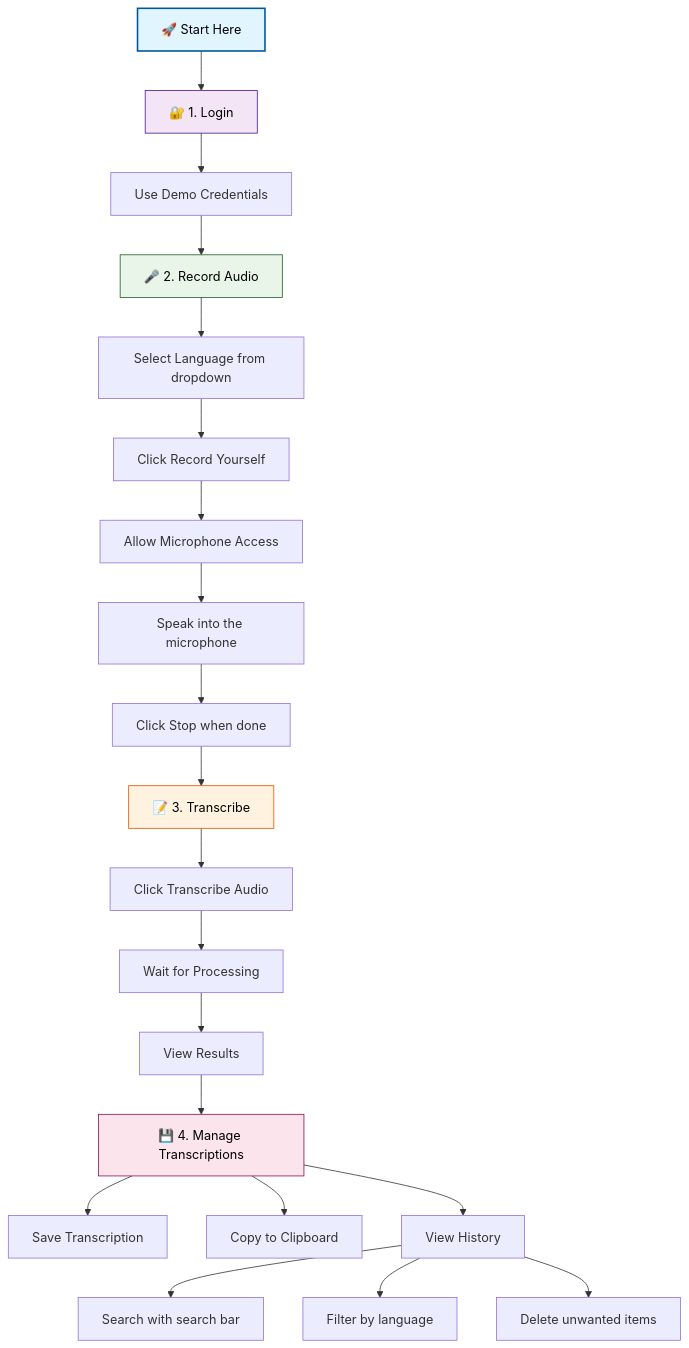
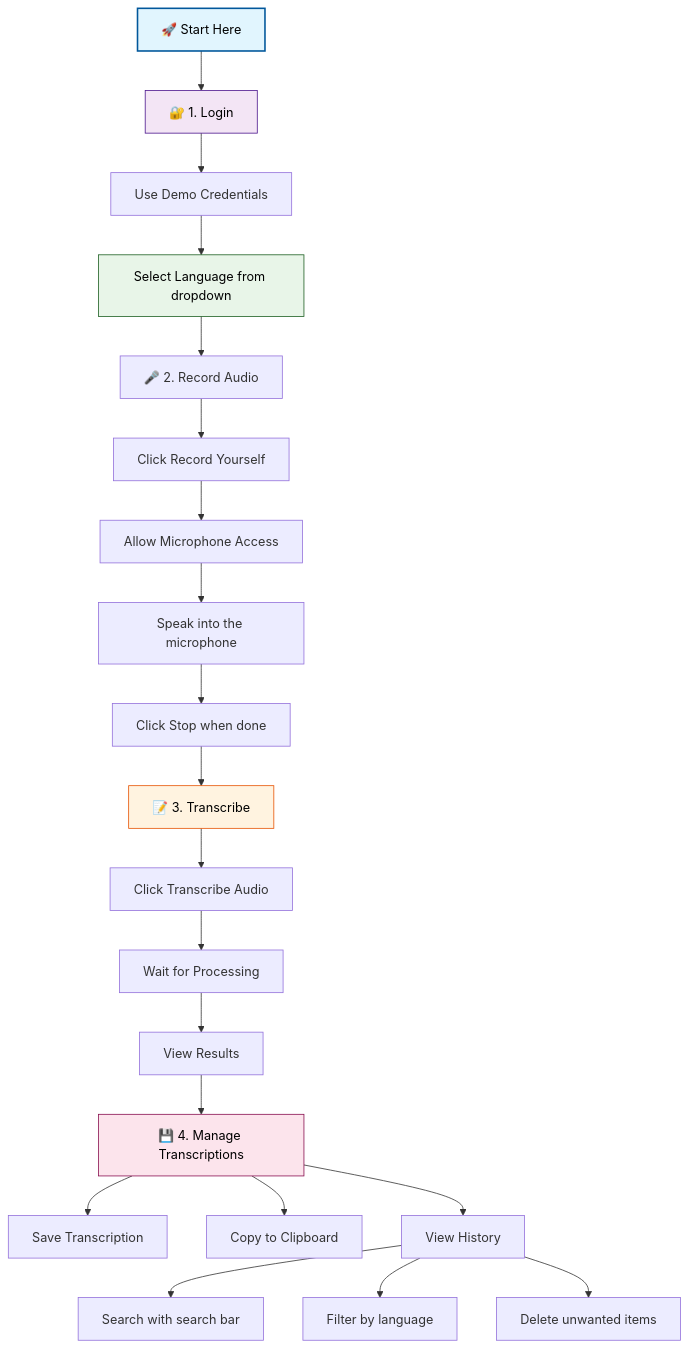
Before and after one commit to LexMainye/Kasuku-Transcriber: the diagram in README.md, drawn with Mermaid.

Commit message:
Fixed the flowchart

````diff
--- a/README.md
+++ b/README.md
@@ -30,36 +30,36 @@
 ```mermaid
 flowchart TD
     A[🚀 Start Here] --> B[🔐 1. Login]
     
     B --> C[Use Demo Credentials]
     
-    C --> D[🎤 2. Record Audio]
+    C --> D[Select Language from dropdown]
     
-    D --> E[Select Language from dropdown]
+    D --> E[🎤 2. Record Audio]
     E --> F[Click Record Yourself]
     F --> G[Allow Microphone Access]
     G --> H[Speak into the microphone]
     H --> I[Click Stop when done]
     
     I --> J[📝 3. Transcribe]
     
     J --> K[Click Transcribe Audio]
     K --> L[Wait for Processing]
     L --> M[View Results]
     
     M --> N[💾 4. Manage Transcriptions]
     
     N --> O[Save Transcription]
     N --> P[Copy to Clipboard]
     N --> Q[View History]
     
     Q --> R[Search with search bar]
     Q --> S[Filter by language]
     Q --> T[Delete unwanted items]
     
     style A fill:#e1f5fe,color:#000,stroke:#01579b,stroke-width:2px
     style B fill:#f3e5f5,color:#000,stroke:#4a148c
     style D fill:#e8f5e8,color:#000,stroke:#1b5e20
     style J fill:#fff3e0,color:#000,stroke:#e65100
     style N fill:#fce4ec,color:#000,stroke:#880e4f
 ```
````
